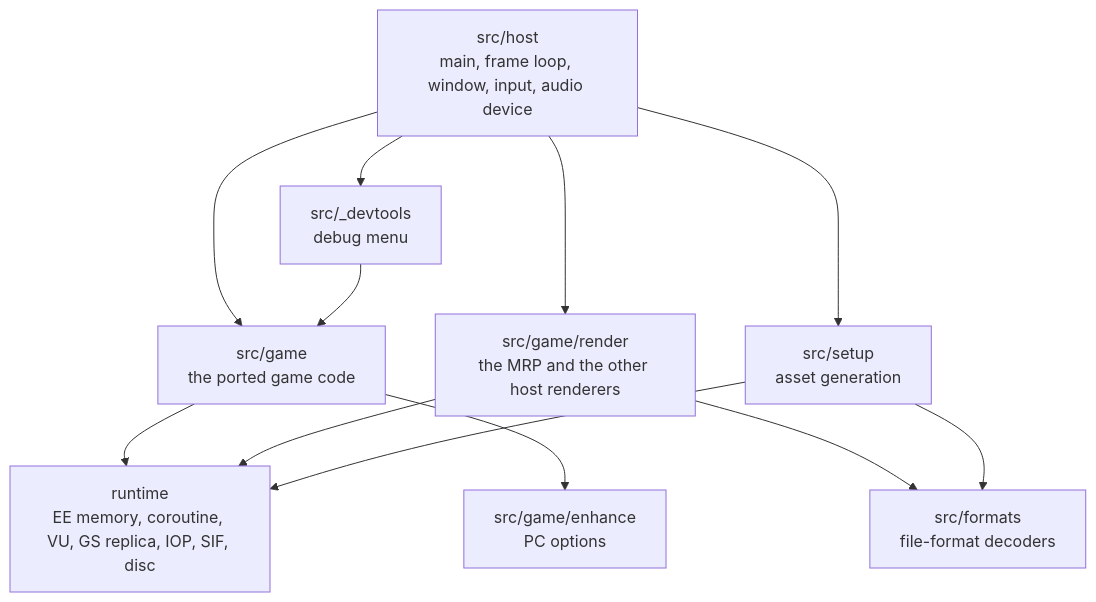
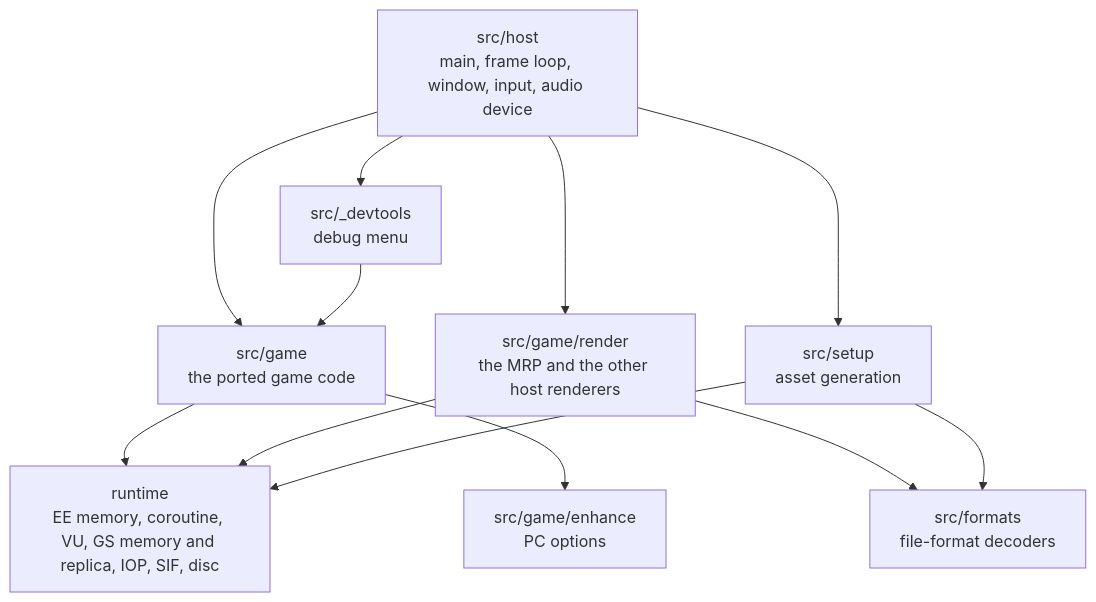
Before and after one commit to RAC-Native/rac1-native-game: the diagram in docs/architecture.md, drawn with Mermaid. The commit also changed other lines of this file and 36 other files, not shown here.

````diff
--- a/docs/architecture.md
+++ b/docs/architecture.md
@@ -89,22 +89,22 @@
 ```mermaid
 flowchart TD
     HOST["src/host<br/>main, frame loop, window, input, audio device"]
     GAME["src/game<br/>the ported game code"]
     REND["src/game/render<br/>the MRP and the other host renderers"]
     ENH["src/game/enhance<br/>PC options"]
-    RT["runtime<br/>EE memory, coroutine, VU, GS replica, IOP, SIF, disc"]
+    RT["runtime<br/>EE memory, coroutine, VU, GS memory and replica, IOP, SIF, disc"]
     FMT["src/formats<br/>file-format decoders"]
     SET["src/setup<br/>asset generation"]
     DEV["src/_devtools<br/>debug menu"]
     HOST --> GAME
     HOST --> REND
     HOST --> DEV
     HOST --> SET
     GAME --> RT
     GAME --> ENH
     REND --> RT
     REND --> FMT
     SET --> FMT
     SET --> RT
     DEV --> GAME
 ```
````
